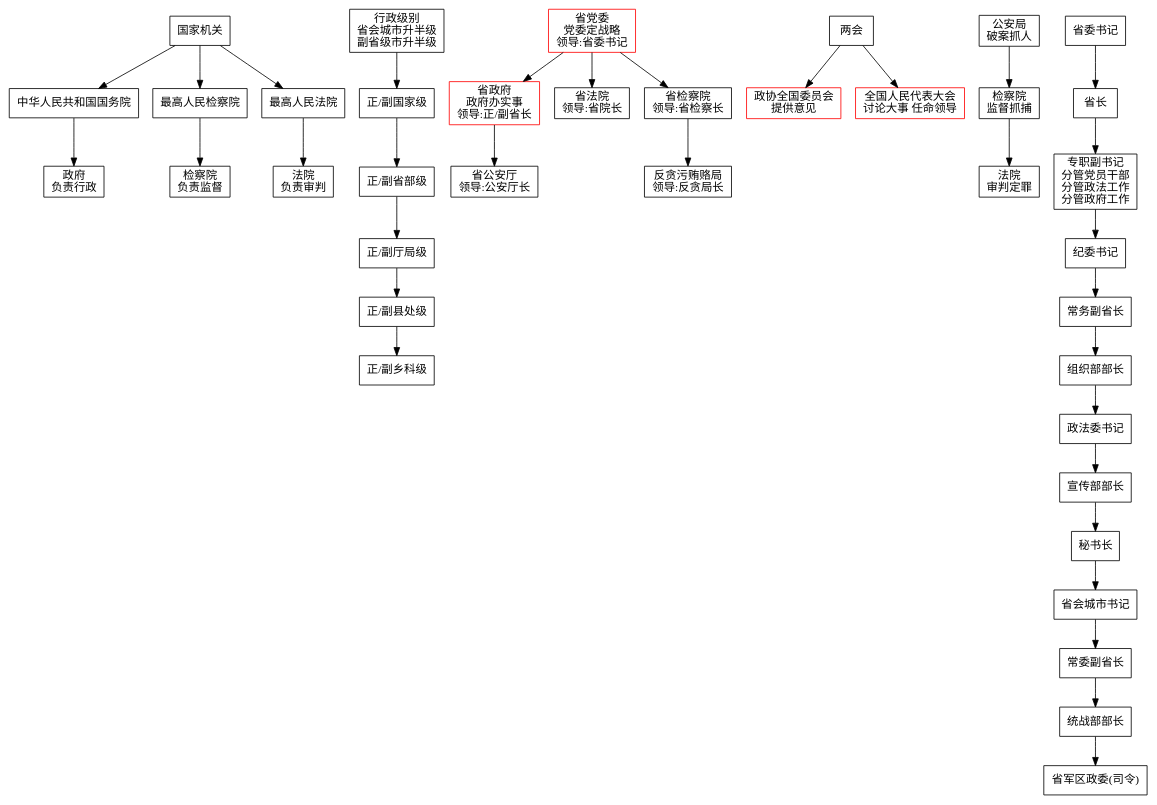
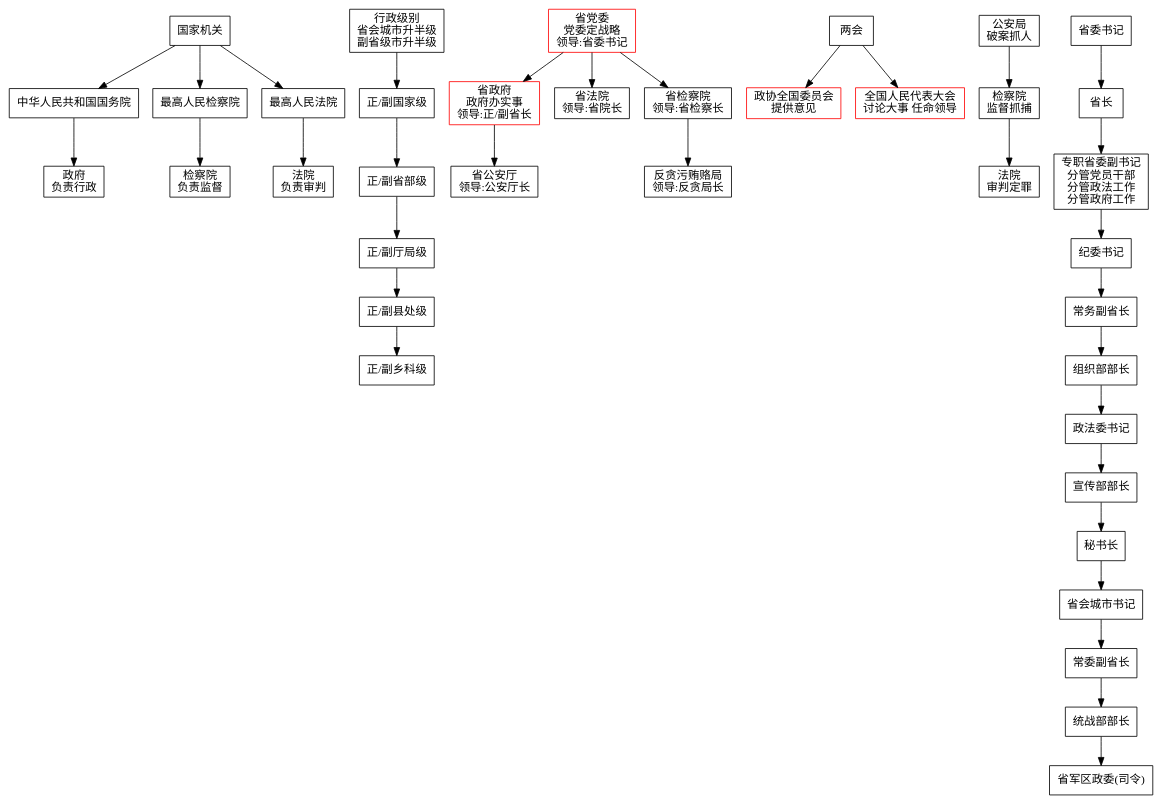
Before and after one commit to JamesHopbourn/matplotlib-with-travis: the diagram in Gov.dot, drawn with Graphviz.

```diff
--- a/Gov.dot
+++ b/Gov.dot
@@ -1,25 +1,25 @@
 digraph Orthogonal {
   node [shape=box];
   "国家机关" -> "中华人民共和国国务院" -> "政府\n负责行政";
   "国家机关" -> "最高人民检察院" -> "检察院\n负责监督";
   "国家机关" -> "最高人民法院" -> "法院\n负责审判";
 
   "行政级别\n省会城市升半级\n副省级市升半级" -> "正/副国家级" -> "正/副省部级" -> "正/副厅局级" -> "正/副县处级" -> "正/副乡科级";
 
   "省党委\n党委定战略\n领导:省委书记" [color="#FF0000"];
   "省政府\n政府办实事\n领导:正/副省长" [color="#FF0000"];
   "政协全国委员会\n提供意见" [color="#FF0000"];
   "全国人民代表大会\n讨论大事 任命领导" [color="#FF0000"];
 
 
   "省党委\n党委定战略\n领导:省委书记" -> "省政府\n政府办实事\n领导:正/副省长" -> "省公安厅\n领导:公安厅长";
   "省党委\n党委定战略\n领导:省委书记" -> "省法院\n领导:省院长";
   "省党委\n党委定战略\n领导:省委书记" -> "省检察院\n领导:省检察长" -> "反贪污贿赂局\n领导:反贪局长"; 
 
   "两会" -> "全国人民代表大会\n讨论大事 任命领导";
   "两会" -> "政协全国委员会\n提供意见";
 
   "公安局\n破案抓人" -> "检察院\n监督抓捕" -> "法院\n审判定罪";
   
-  "省委书记" -> "省长" -> "专职副书记\n分管党员干部\n分管政法工作\n分管政府工作" -> "纪委书记" -> "常务副省长" -> "组织部部长" -> "政法委书记" -> "宣传部部长" -> "秘书长" -> "省会城市书记" -> "常委副省长" -> "统战部部长" -> "省军区政委(司令)";
+  "省委书记" -> "省长" -> "专职省委副书记\n分管党员干部\n分管政法工作\n分管政府工作" -> "纪委书记" -> "常务副省长" -> "组织部部长" -> "政法委书记" -> "宣传部部长" -> "秘书长" -> "省会城市书记" -> "常委副省长" -> "统战部部长" -> "省军区政委(司令)";
 }
```
